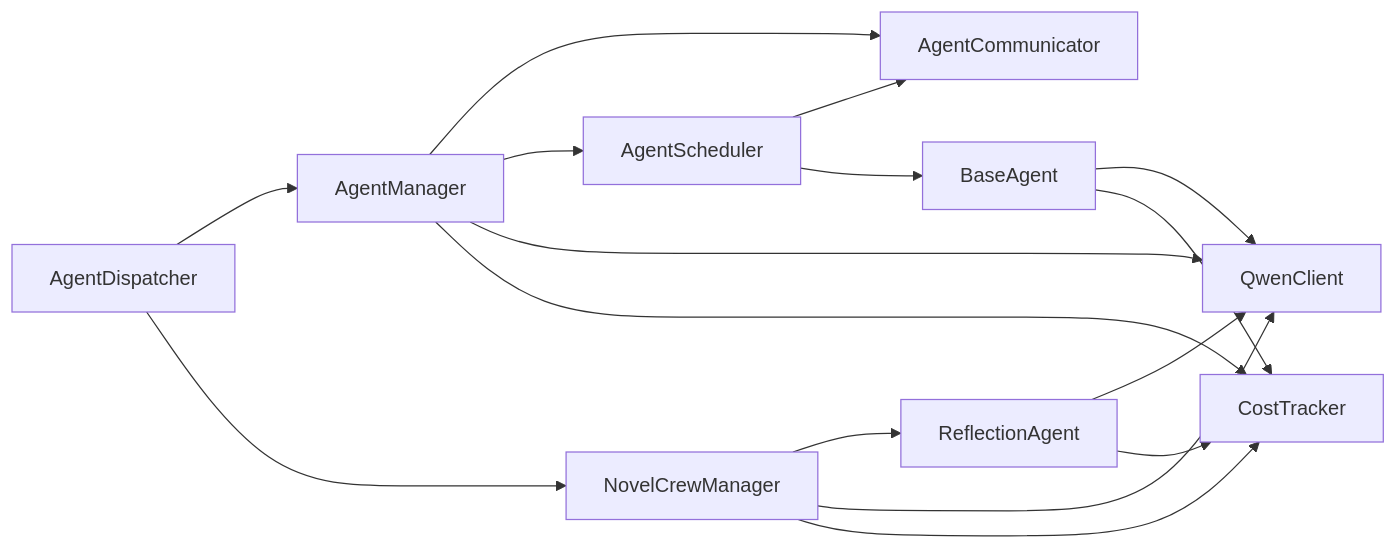
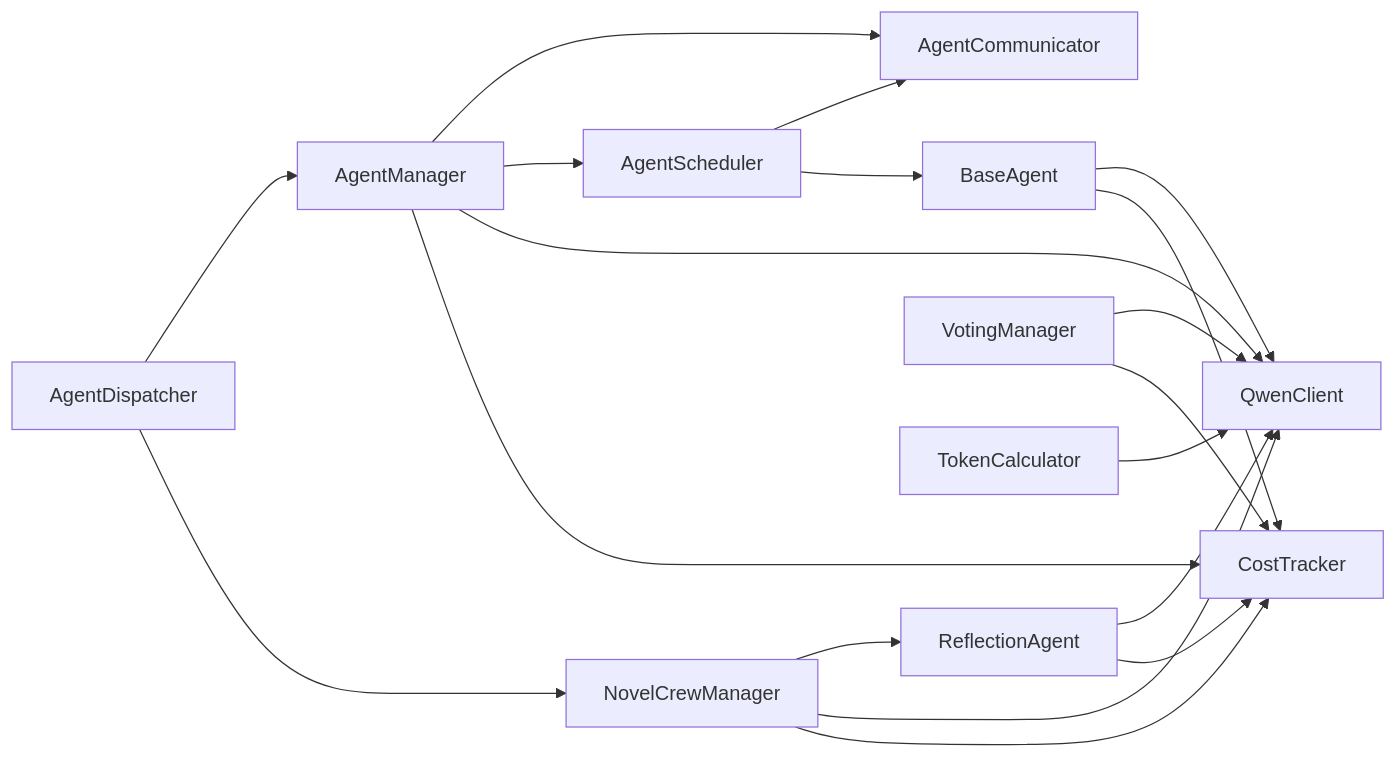
Diagram 12 of 12 in .qoder/repowiki/zh/content/AI智能体系统/Agent管理器核心.md (xfbyxq/ai-novel-system), drawn with Mermaid before and after one commit. The commit also changed other lines of this file and 1 other file, not shown here.

````diff
--- a/.qoder/repowiki/zh/content/AI智能体系统/Agent管理器核心.md
+++ b/.qoder/repowiki/zh/content/AI智能体系统/Agent管理器核心.md
@@ -568,18 +696,21 @@
 ```mermaid
 graph LR
 AM["AgentManager"] --> AC["AgentCommunicator"]
 AM --> AS["AgentScheduler"]
 AM --> QC["QwenClient"]
 AM --> CT["CostTracker"]
 AS --> AC
 AS --> BA["BaseAgent"]
 BA --> QC
 BA --> CT
 RA["ReflectionAgent"] --> QC
 RA --> CT
+VM["VotingManager"] --> QC
+VM --> CT
 CM["NovelCrewManager"] --> RA
 CM --> QC
 CM --> CT
 AD["AgentDispatcher"] --> AM
 AD --> CM
+TC["TokenCalculator"] --> QC
 ```
````
